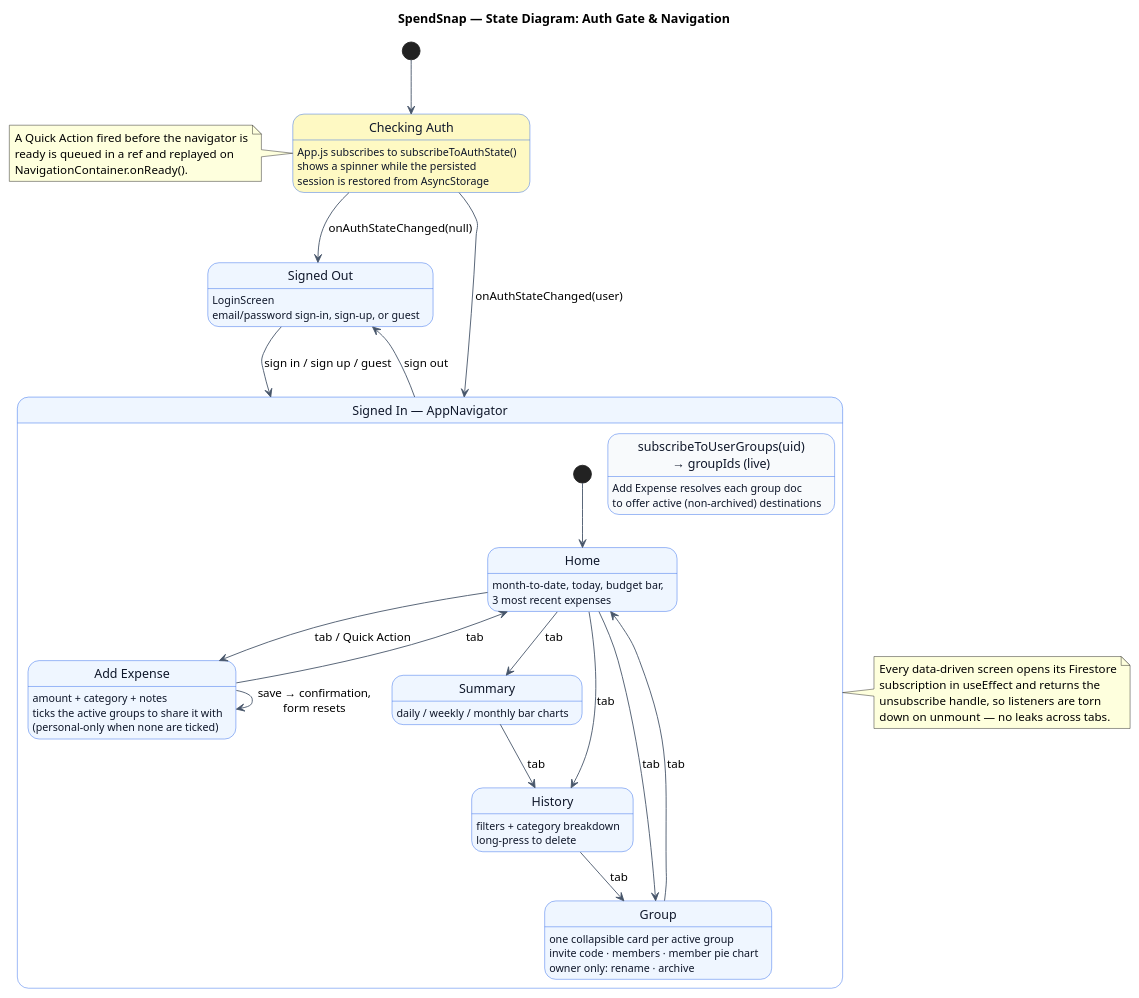
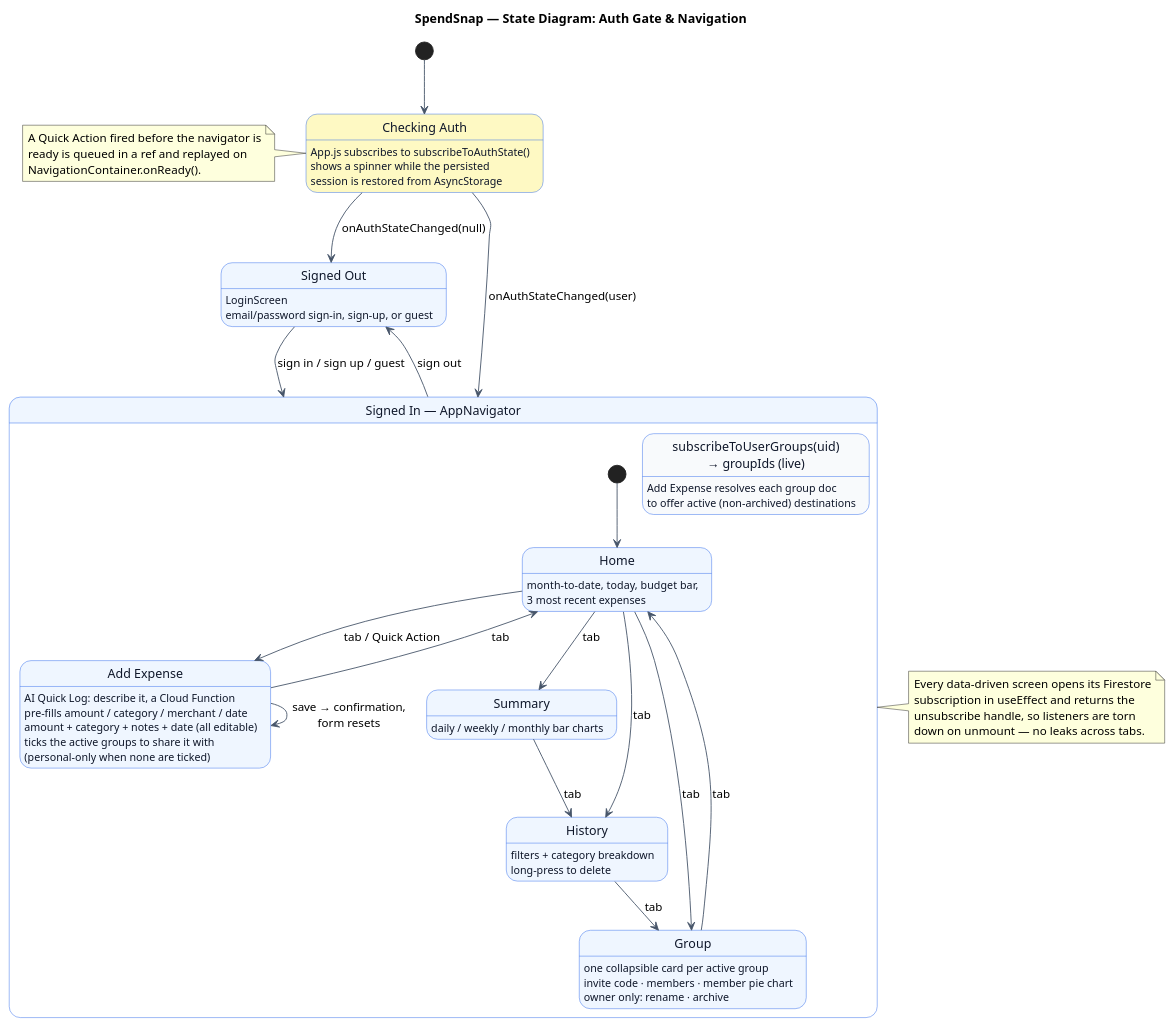
The diagram in docs/diagrams/08-navigation-state.puml (GeraldFSE/SpendSnap), drawn with PlantUML before and after one commit. The commit also changed 18 other files, not shown here.

Commit message:
edited diagrams for feature/ai-quick-log

```diff
--- a/docs/diagrams/08-navigation-state.puml
+++ b/docs/diagrams/08-navigation-state.puml
@@ -1,90 +1,92 @@
 @startuml 08-navigation-state
 ' SpendSnap — Top-level application state machine: the auth gate in App.js
 ' and the bottom-tab navigation it unlocks.
 
 title SpendSnap — State Diagram: Auth Gate & Navigation
 
 skinparam backgroundColor #FFFFFF
 skinparam shadowing false
 skinparam ArrowColor #475569
 skinparam state {
   BackgroundColor #EFF6FF
   BorderColor #2563EB
   FontColor #0F172A
   StartColor #16A34A
   EndColor #DC2626
 }
 
 [*] --> CheckingAuth
 
 state "Checking Auth" as CheckingAuth #FEF9C3 {
   CheckingAuth : App.js subscribes to subscribeToAuthState()
   CheckingAuth : shows a spinner while the persisted
   CheckingAuth : session is restored from AsyncStorage
 }
 
 CheckingAuth --> SignedOut : onAuthStateChanged(null)
 CheckingAuth --> SignedIn : onAuthStateChanged(user)
 
 state "Signed Out" as SignedOut {
   SignedOut : LoginScreen
   SignedOut : email/password sign-in, sign-up, or guest
 }
 
 SignedOut -right-> SignedIn : sign in / sign up / guest
 SignedIn -up-> SignedOut : sign out
 
 state "Signed In — AppNavigator" as SignedIn {
   [*] --> Home
 
   state "subscribeToUserGroups(uid)\n→ groupIds (live)" as GroupSub #F8FAFC
   GroupSub : Add Expense resolves each group doc
   GroupSub : to offer active (non-archived) destinations
 
   state Home
   Home : month-to-date, today, budget bar,
   Home : 3 most recent expenses
 
   state "Add Expense" as Add
-  Add : amount + category + notes
+  Add : AI Quick Log: describe it, a Cloud Function
+  Add : pre-fills amount / category / merchant / date
+  Add : amount + category + notes + date (all editable)
   Add : ticks the active groups to share it with
   Add : (personal-only when none are ticked)
 
   state Summary
   Summary : daily / weekly / monthly bar charts
 
   state History
   History : filters + category breakdown
   History : long-press to delete
 
   state Group
   Group : one collapsible card per active group
   Group : invite code · members · member pie chart
   Group : owner only: rename · archive
 
   Home --> Add : tab / Quick Action
   Home --> Summary : tab
   Home --> History : tab
   Home --> Group : tab
   Add --> Home : tab
   Summary --> History : tab
   History --> Group : tab
   Group --> Home : tab
 
   Add --> Add : save → confirmation,\nform resets
 }
 
 note right of SignedIn
   Every data-driven screen opens its Firestore
   subscription in useEffect and returns the
   unsubscribe handle, so listeners are torn
   down on unmount — no leaks across tabs.
 end note
 
 note left of CheckingAuth
   A Quick Action fired before the navigator is
   ready is queued in a ref and replayed on
   NavigationContainer.onReady().
 end note
 
 @enduml
```
